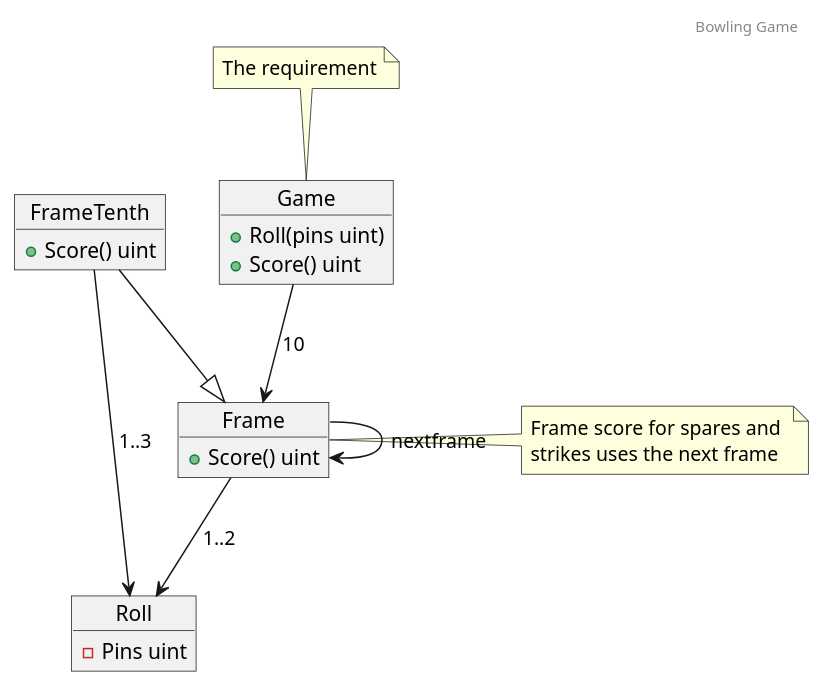
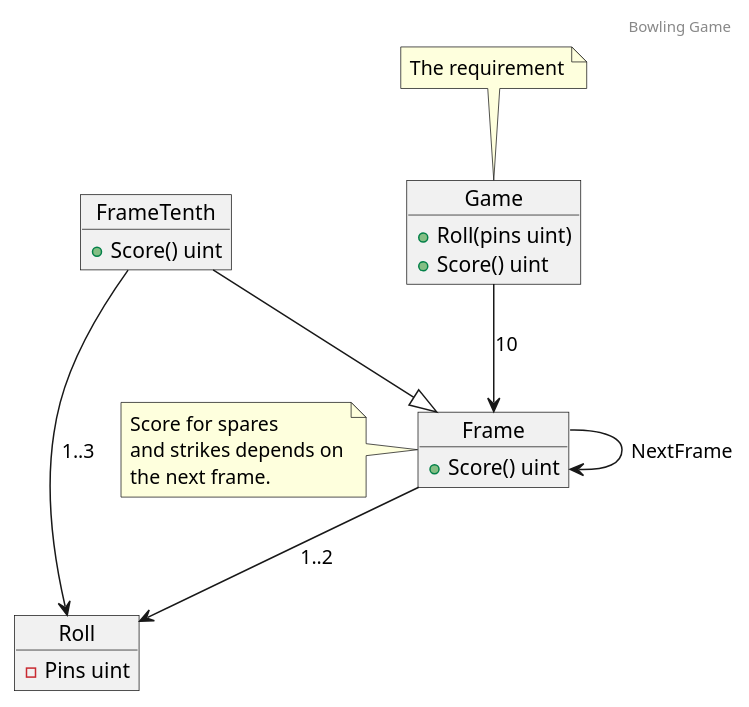
The diagram in go/bowlingGame/design/bowling.puml (Jumziey/bowling-game-kata), drawn with PlantUML before and after one commit.

Commit message:
Made the note about nextframe more consise and clear

```diff
--- a/go/bowlingGame/design/bowling.puml
+++ b/go/bowlingGame/design/bowling.puml
@@ -1,40 +1,40 @@
 @startuml
 header
 Bowling Game
 endheader
 
 object Game {
 	+Roll(pins uint)
 	+Score() uint
 }
 note top of Game
 	The requirement
 end note
 
 object Frame {
 	+Score() uint
 }
 
 Game --> Frame:10
 
 object Roll {
 	-Pins uint
 }
 
 Frame --> Roll:1..2
 
-Frame --> Frame:nextframe
-
-note right of Frame
-	Frame score for spares and 
-	strikes uses the next frame
+Frame --> Frame:NextFrame
+note left of Frame
+	Score for spares
+	and strikes depends on
+	the next frame.
 end note
 
 object FrameTenth {
 	+Score() uint
 }
 
 FrameTenth --|> Frame
 FrameTenth --> Roll:1..3
 
 @enduml
```
